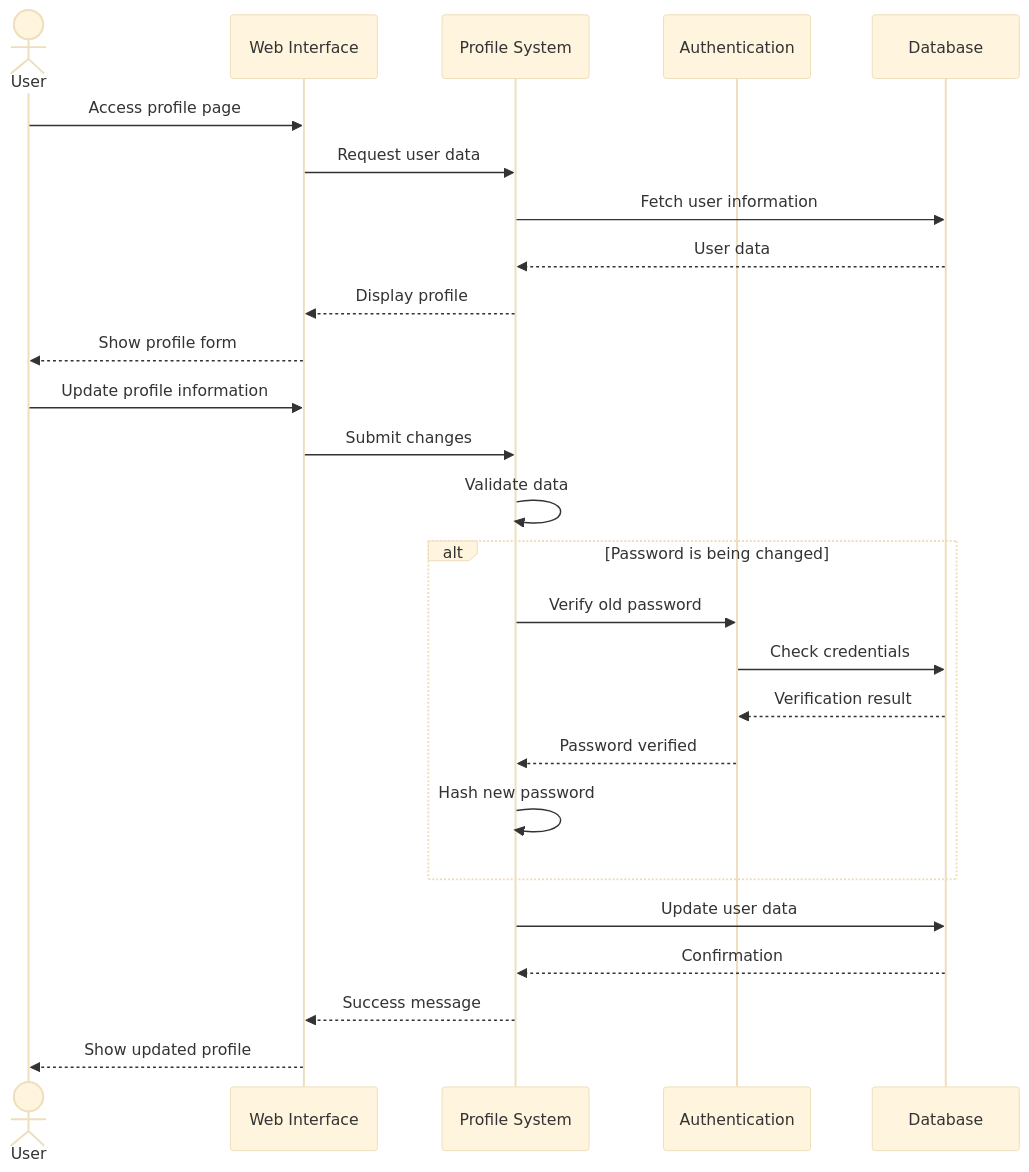
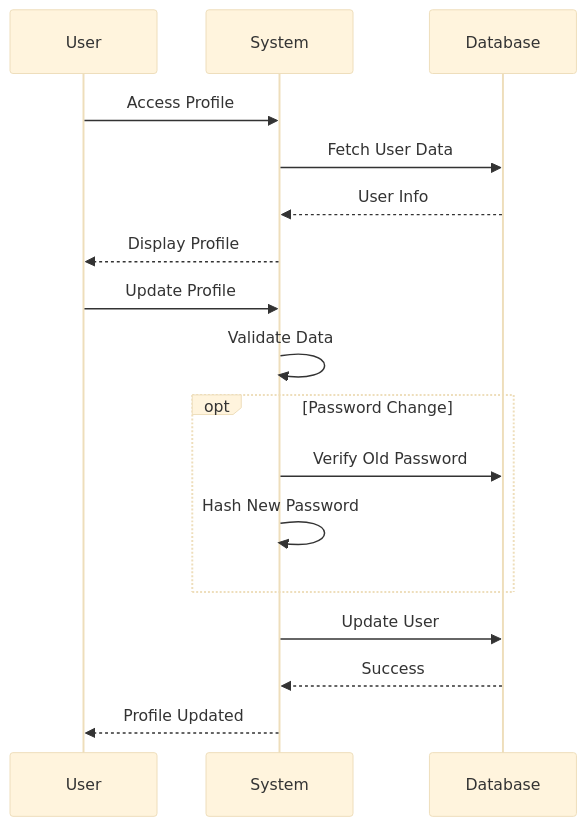
Diagram 16 of 16 in system documentation.md (abdullah2323442/practice), drawn with Mermaid (base theme) before and after one commit. The commit also changed other lines of this file, not shown here.

First line of the commit message:
Revise system documentation with updated diagrams

````diff
--- a/system documentation.md
+++ b/system documentation.md
@@ -696,32 +644,23 @@
 ```mermaid
 sequenceDiagram
-    actor User
-    participant Web as Web Interface
-    participant Profile as Profile System
-    participant Auth as Authentication
+    participant U as User
+    participant S as System
     participant DB as Database
     
-    User->>Web: Access profile page
-    Web->>Profile: Request user data
-    Profile->>DB: Fetch user information
-    DB-->>Profile: User data
-    Profile-->>Web: Display profile
-    Web-->>User: Show profile form
+    U->>S: Access Profile
+    S->>DB: Fetch User Data
+    DB-->>S: User Info
+    S-->>U: Display Profile
     
-    User->>Web: Update profile information
-    Web->>Profile: Submit changes
-    Profile->>Profile: Validate data
+    U->>S: Update Profile
+    S->>S: Validate Data
     
-    alt Password is being changed
-        Profile->>Auth: Verify old password
-        Auth->>DB: Check credentials
-        DB-->>Auth: Verification result
-        Auth-->>Profile: Password verified
-        Profile->>Profile: Hash new password
+    opt Password Change
+        S->>DB: Verify Old Password
+        S->>S: Hash New Password
     end
     
-    Profile->>DB: Update user data
-    DB-->>Profile: Confirmation
-    Profile-->>Web: Success message
-    Web-->>User: Show updated profile
+    S->>DB: Update User
+    DB-->>S: Success
+    S-->>U: Profile Updated
 ```
````
